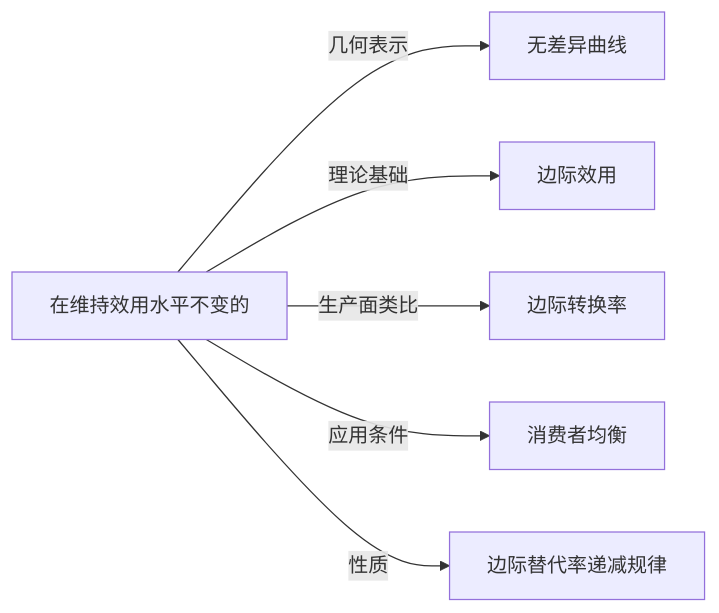
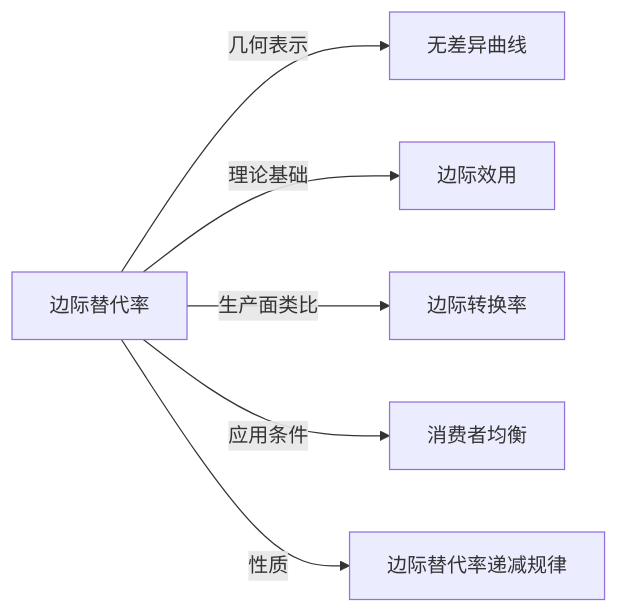
One commit to KIMMCHOW/MyKnowledge changed the diagram in Knowledge/Concepts/经济/边际替代率.md. Above: the diagram before and after it, drawn with Mermaid. The commit also changed other lines of this file and 96 other files, not shown here.

Commit message:
fix: 修复概念页关系图节点并补齐缺失关联

````diff
--- a/Knowledge/Concepts/经济/边际替代率.md
+++ b/Knowledge/Concepts/经济/边际替代率.md
@@ -45,8 +45,8 @@
 ```mermaid
 graph LR
-    在维持效用水平不变的 -->|几何表示| 无差异曲线
-    在维持效用水平不变的 -->|理论基础| 边际效用
-    在维持效用水平不变的 -->|生产面类比| 边际转换率
-    在维持效用水平不变的 -->|应用条件| 消费者均衡
-    在维持效用水平不变的 -->|性质| 边际替代率递减规律
+边际替代率 -->|几何表示| 无差异曲线
+边际替代率 -->|理论基础| 边际效用
+边际替代率 -->|生产面类比| 边际转换率
+边际替代率 -->|应用条件| 消费者均衡
+边际替代率 -->|性质| 边际替代率递减规律
 ```
````
